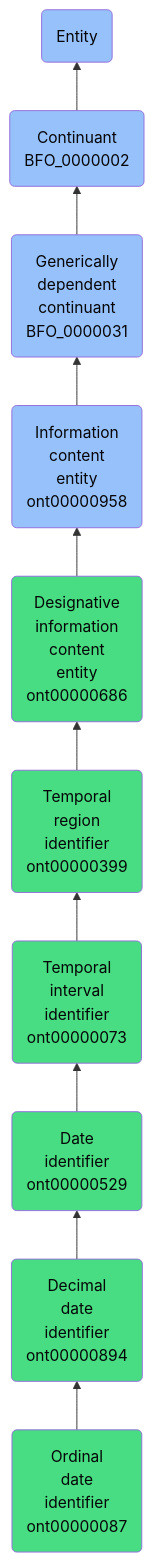
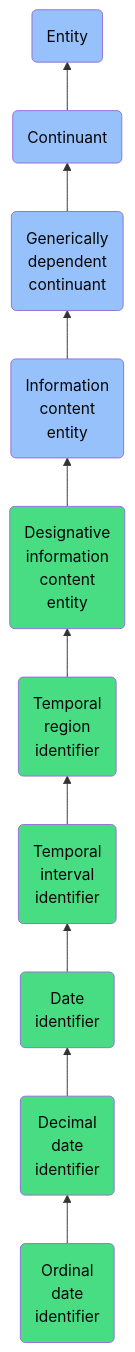
Before and after one commit to jupyter-naas/abi: the diagram in docs/ontology/reference/model/Entity/Continuant/Generically dependent continuant/Information content entity/Designative information content entity/Temporal region identifier/Temporal interval identifier/Date identifier/Decimal date identifier/Ordinal date identifier/Ordinal date identifier.md, drawn with Mermaid. The commit also changed other lines of this file and 1430 other files, not shown here.

````diff
--- a/docs/ontology/reference/model/Entity/Continuant/Generically dependent continuant/Information content entity/Designative information content entity/Temporal region identifier/Temporal interval identifier/Date identifier/Decimal date identifier/Ordinal date identifier/Ordinal date identifier.md
+++ b/docs/ontology/reference/model/Entity/Continuant/Generically dependent continuant/Information content entity/Designative information content entity/Temporal region identifier/Temporal interval identifier/Date identifier/Decimal date identifier/Ordinal date identifier/Ordinal date identifier.md
@@ -24,17 +24,17 @@
 ```mermaid
 graph BT
-    ont00000087(Ordinal<br>date<br>identifier<br>ont00000087):::ABI-->ont00000894
-    ont00000894(Decimal<br>date<br>identifier<br>ont00000894):::ABI-->ont00000529
-    ont00000529(Date<br>identifier<br>ont00000529):::ABI-->ont00000073
-    ont00000073(Temporal<br>interval<br>identifier<br>ont00000073):::ABI-->ont00000399
-    ont00000399(Temporal<br>region<br>identifier<br>ont00000399):::ABI-->ont00000686
-    ont00000686(Designative<br>information<br>content<br>entity<br>ont00000686):::ABI-->ont00000958
-    ont00000958(Information<br>content<br>entity<br>ont00000958):::BFO-->BFO_0000031
-    BFO_0000031(Generically<br>dependent<br>continuant<br>BFO_0000031):::BFO-->BFO_0000002
-    BFO_0000002(Continuant<br>BFO_0000002):::BFO-->BFO_0000001
+    ont00000087(Ordinal<br>date<br>identifier):::ABI-->ont00000894
+    ont00000894(Decimal<br>date<br>identifier):::ABI-->ont00000529
+    ont00000529(Date<br>identifier):::ABI-->ont00000073
+    ont00000073(Temporal<br>interval<br>identifier):::ABI-->ont00000399
+    ont00000399(Temporal<br>region<br>identifier):::ABI-->ont00000686
+    ont00000686(Designative<br>information<br>content<br>entity):::ABI-->ont00000958
+    ont00000958(Information<br>content<br>entity):::BFO-->BFO_0000031
+    BFO_0000031(Generically<br>dependent<br>continuant):::BFO-->BFO_0000002
+    BFO_0000002(Continuant):::BFO-->BFO_0000001
     BFO_0000001(Entity):::BFO
     
     classDef BFO fill:#97c1fb,color:#060606
     classDef CCO fill:#e4c51e,color:#060606
     classDef ABI fill:#48DD82,color:#060606
 ```
````
